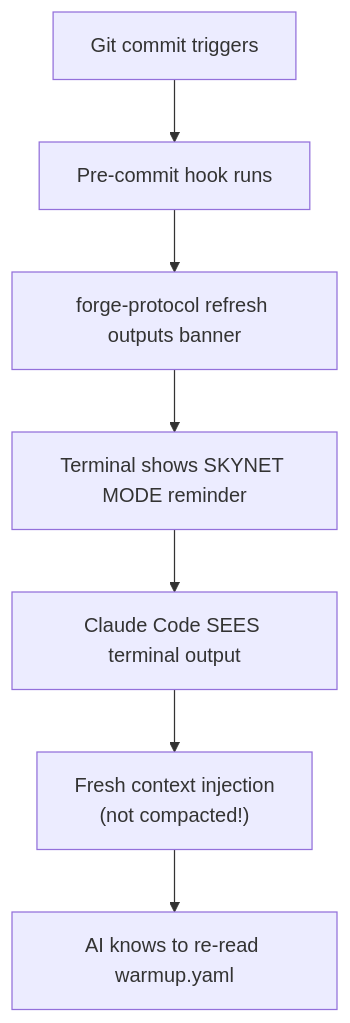
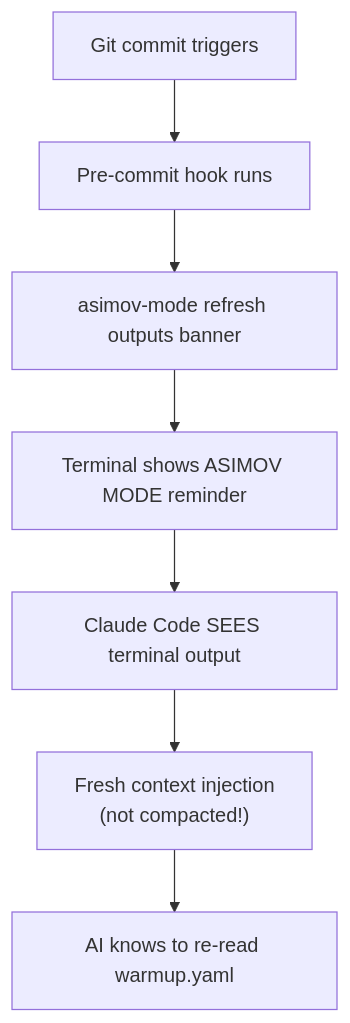
The second of 2 diagrams in docs/VENDOR_IMPLEMENTATION.md (royalbit/asimov-protocol), drawn with Mermaid before and after one commit. The commit also changed other lines of this file and 53 other files, not shown here.

````diff
--- a/docs/VENDOR_IMPLEMENTATION.md
+++ b/docs/VENDOR_IMPLEMENTATION.md
@@ -65,9 +65,9 @@
 ```mermaid
 flowchart TB
     A["Git commit triggers"] --> B["Pre-commit hook runs"]
-    B --> C["forge-protocol refresh outputs banner"]
-    C --> D["Terminal shows SKYNET MODE reminder"]
+    B --> C["asimov-mode refresh outputs banner"]
+    C --> D["Terminal shows ASIMOV MODE reminder"]
     D --> E["Claude Code SEES terminal output"]
     E --> F["Fresh context injection<br/>(not compacted!)"]
     F --> G["AI knows to re-read warmup.yaml"]
 ```
````
